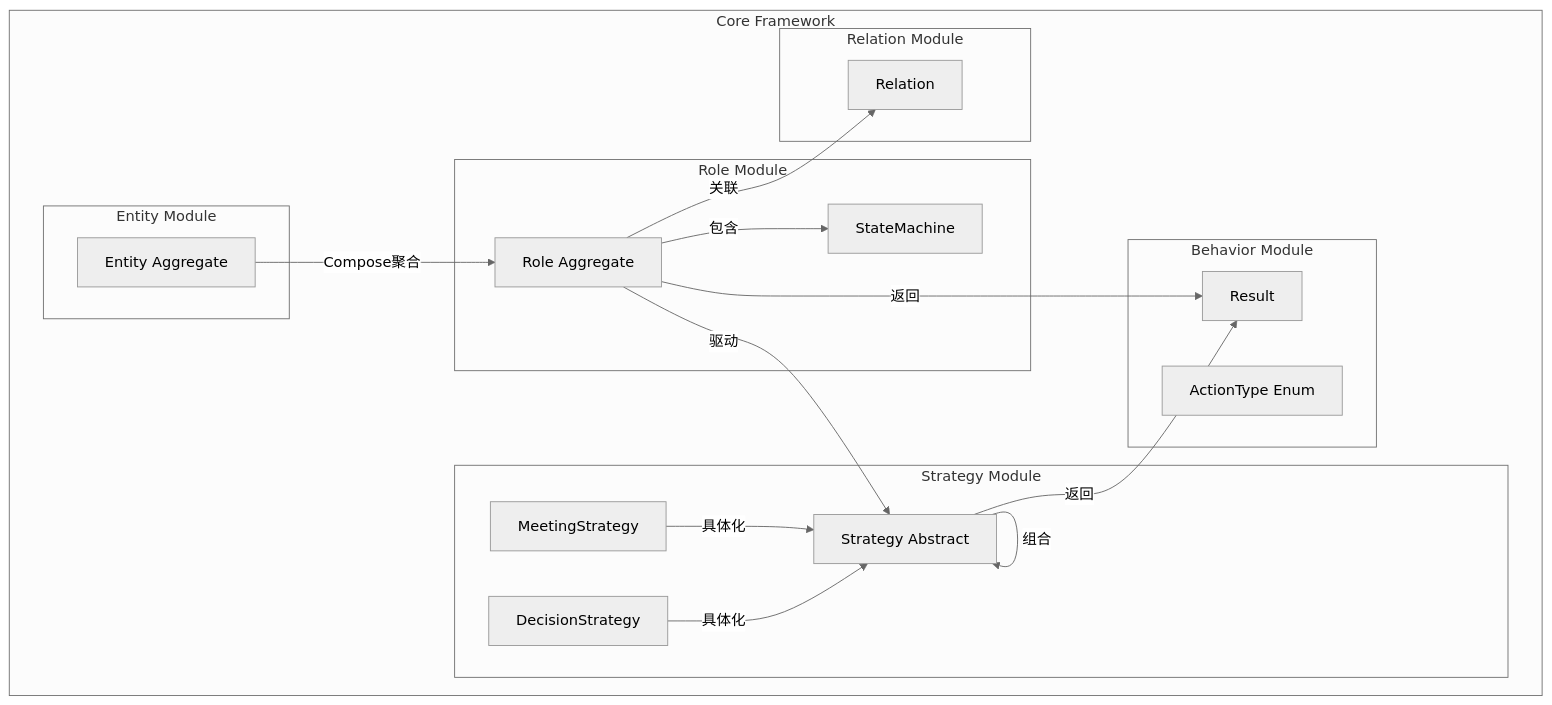
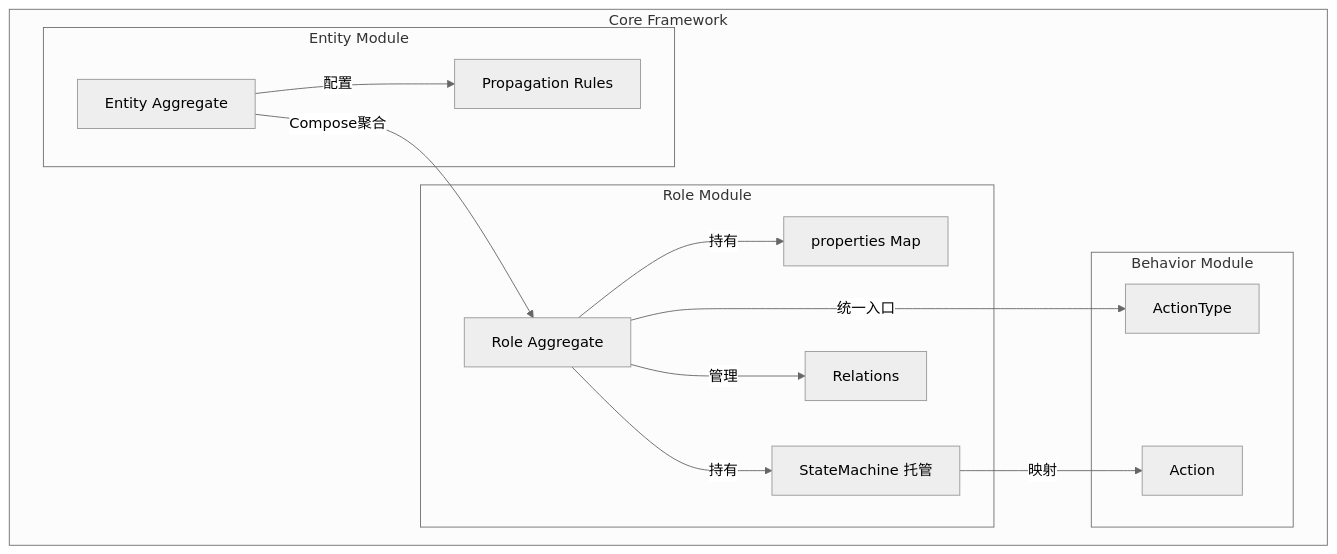
One commit to wunglee/myoasis changed the fourth of 5 diagrams in .planning/phases/01-核心抽象层基础/01-CONTEXT.md. Above: the diagram before and after it, drawn with Mermaid (neutral theme). The commit also changed other lines of this file and 3 other files, not shown here.

````diff
--- a/.planning/phases/01-核心抽象层基础/01-CONTEXT.md
+++ b/.planning/phases/01-核心抽象层基础/01-CONTEXT.md
@@ -340,38 +298,29 @@
 ```mermaid
 graph TB
     subgraph "Core Framework"
         subgraph "Entity Module"
             E[Entity Aggregate]
+            PR[Propagation Rules]
         end
-        
+
         subgraph "Role Module"
             R[Role Aggregate]
-            SM[StateMachine]
+            P[properties Map]
+            SM[StateMachine 托管]
+            REL[Relations]
         end
-        
+
         subgraph "Behavior Module"
-            AT[ActionType Enum]
-            RS[Result]
-        end
-        
-        subgraph "Strategy Module"
-            ST[Strategy Abstract]
-            MS[MeetingStrategy]
-            DS[DecisionStrategy]
-        end
-        
-        subgraph "Relation Module"
-            REL[Relation]
+            AT[ActionType]
+            A[Action]
         end
     end
-    
+
     E -->|Compose聚合| R
-    R -->|包含| SM
-    R -->|返回| RS
-    R -->|驱动| ST
-    ST -->|返回| RS
-    ST -->|组合| ST
-    MS -->|具体化| ST
-    DS -->|具体化| ST
-    R -->|关联| REL
+    E -->|配置| PR
+    R -->|持有| P
+    R -->|持有| SM
+    R -->|管理| REL
+    R -->|统一入口| AT
+    SM -->|映射| A
 ```
````
